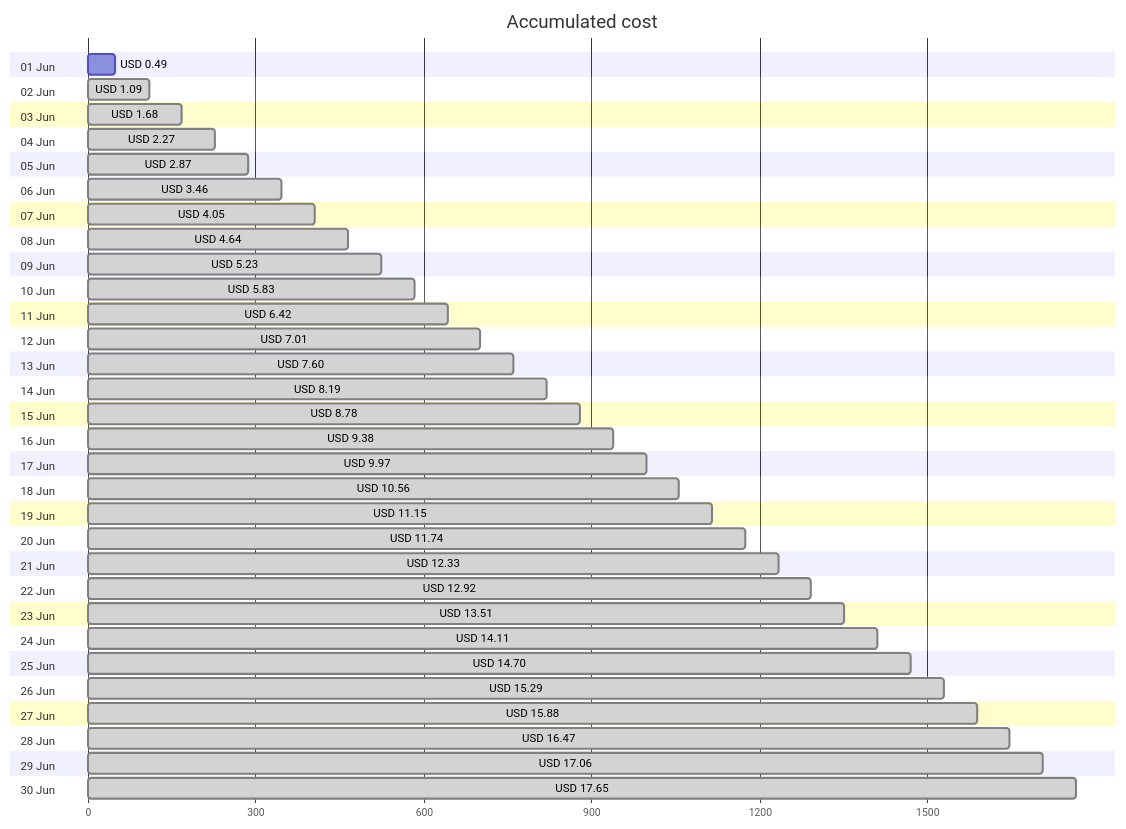
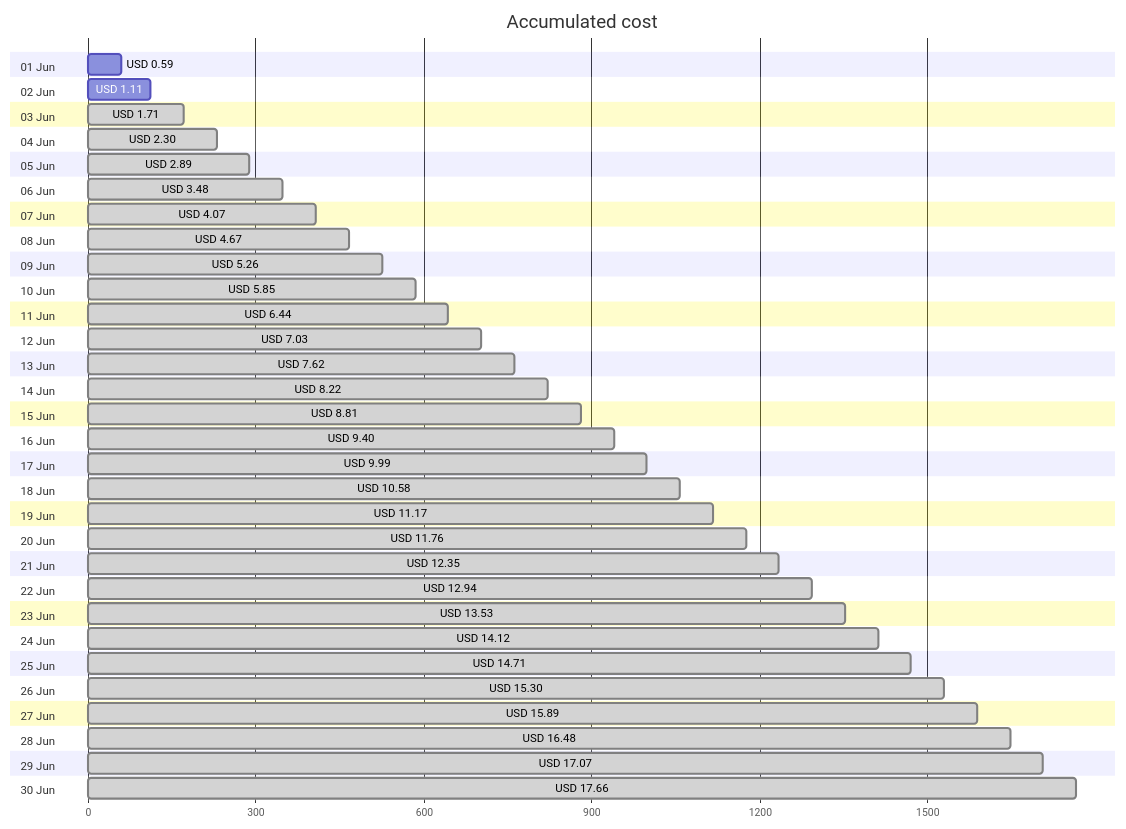
The first of 4 diagrams in cost-reports/personal-site/README.md (jpfulton/azure-personal-reports), drawn with Mermaid before and after one commit. The commit also changed other lines of this file and 6 other files, not shown here.

````diff
--- a/cost-reports/personal-site/README.md
+++ b/cost-reports/personal-site/README.md
@@ -20,66 +20,66 @@
 ```mermaid
 gantt
    title Accumulated cost
    dateFormat  X
    axisFormat %s
    section 01 Jun
-   USD 0.49 :0, 49
+   USD 0.59 :0, 59
    section 02 Jun
-   USD 1.09 : done, 0, 109
+   USD 1.11 :0, 111
    section 03 Jun
-   USD 1.68 : done, 0, 168
+   USD 1.71 : done, 0, 171
    section 04 Jun
-   USD 2.27 : done, 0, 227
+   USD 2.30 : done, 0, 230
    section 05 Jun
-   USD 2.87 : done, 0, 287
+   USD 2.89 : done, 0, 289
    section 06 Jun
-   USD 3.46 : done, 0, 346
+   USD 3.48 : done, 0, 348
    section 07 Jun
-   USD 4.05 : done, 0, 405
+   USD 4.07 : done, 0, 407
    section 08 Jun
-   USD 4.64 : done, 0, 464
+   USD 4.67 : done, 0, 467
    section 09 Jun
-   USD 5.23 : done, 0, 523
+   USD 5.26 : done, 0, 526
    section 10 Jun
-   USD 5.83 : done, 0, 583
+   USD 5.85 : done, 0, 585
    section 11 Jun
-   USD 6.42 : done, 0, 642
+   USD 6.44 : done, 0, 644
    section 12 Jun
-   USD 7.01 : done, 0, 701
+   USD 7.03 : done, 0, 703
    section 13 Jun
-   USD 7.60 : done, 0, 760
+   USD 7.62 : done, 0, 762
    section 14 Jun
-   USD 8.19 : done, 0, 819
+   USD 8.22 : done, 0, 822
    section 15 Jun
-   USD 8.78 : done, 0, 878
+   USD 8.81 : done, 0, 881
    section 16 Jun
-   USD 9.38 : done, 0, 938
+   USD 9.40 : done, 0, 940
    section 17 Jun
-   USD 9.97 : done, 0, 997
+   USD 9.99 : done, 0, 999
    section 18 Jun
-   USD 10.56 : done, 0, 1056
+   USD 10.58 : done, 0, 1058
    section 19 Jun
-   USD 11.15 : done, 0, 1115
+   USD 11.17 : done, 0, 1117
    section 20 Jun
-   USD 11.74 : done, 0, 1174
+   USD 11.76 : done, 0, 1176
    section 21 Jun
-   USD 12.33 : done, 0, 1233
+   USD 12.35 : done, 0, 1235
    section 22 Jun
-   USD 12.92 : done, 0, 1292
+   USD 12.94 : done, 0, 1294
    section 23 Jun
-   USD 13.51 : done, 0, 1351
+   USD 13.53 : done, 0, 1353
    section 24 Jun
-   USD 14.11 : done, 0, 1411
+   USD 14.12 : done, 0, 1412
    section 25 Jun
-   USD 14.70 : done, 0, 1470
+   USD 14.71 : done, 0, 1471
    section 26 Jun
-   USD 15.29 : done, 0, 1529
+   USD 15.30 : done, 0, 1530
    section 27 Jun
-   USD 15.88 : done, 0, 1588
+   USD 15.89 : done, 0, 1589
    section 28 Jun
-   USD 16.47 : done, 0, 1647
+   USD 16.48 : done, 0, 1648
    section 29 Jun
-   USD 17.06 : done, 0, 1706
+   USD 17.07 : done, 0, 1707
    section 30 Jun
-   USD 17.65 : done, 0, 1765
+   USD 17.66 : done, 0, 1766
 ```
````
